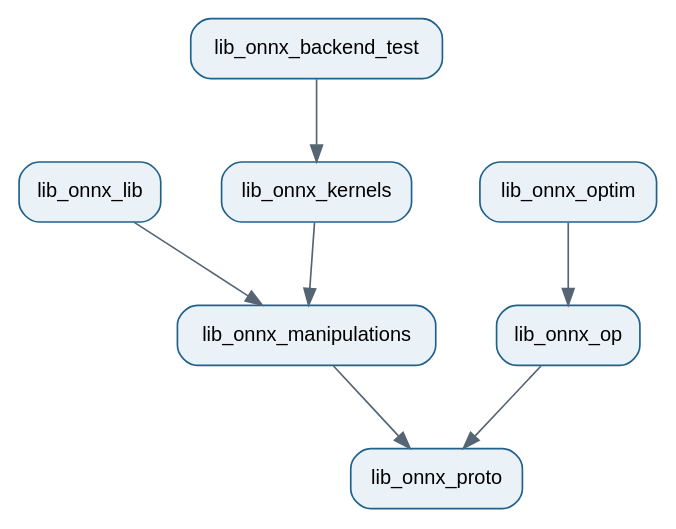
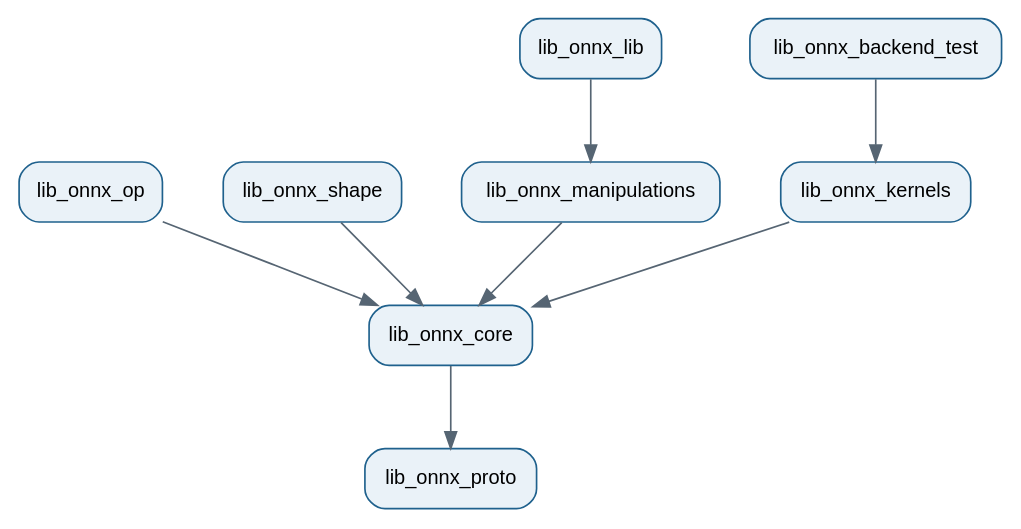
The diagram in docs/onnx-light/_downloads/014d7ecd85ce8966e1adfe678202a824/library_split.dot (xadupre/xadupre.github.io), drawn with Graphviz before and after one commit. The commit also changed 1659 other files, not shown here.

```diff
--- a/docs/onnx-light/_downloads/014d7ecd85ce8966e1adfe678202a824/library_split.dot
+++ b/docs/onnx-light/_downloads/014d7ecd85ce8966e1adfe678202a824/library_split.dot
@@ -1,14 +1,15 @@
 digraph library_split {
     rankdir=TB;
     nodesep=0.5;
     ranksep=0.7;
     node [shape=box, style="rounded,filled", fillcolor="#EAF2F8", fontname="Helvetica", fontsize=12, color="#1F618D"];
     edge [fontname="Helvetica", fontsize=10, color="#566573"];
 
-    lib_onnx_op -> lib_onnx_proto;
-    lib_onnx_optim -> lib_onnx_op;
-    lib_onnx_manipulations -> lib_onnx_proto;
+    lib_onnx_core -> lib_onnx_proto;
+    lib_onnx_op -> lib_onnx_core;
+    lib_onnx_shape -> lib_onnx_core;
+    lib_onnx_manipulations -> lib_onnx_core;
+    lib_onnx_kernels -> lib_onnx_core;
     lib_onnx_lib -> lib_onnx_manipulations;
-    lib_onnx_kernels -> lib_onnx_manipulations;
     lib_onnx_backend_test -> lib_onnx_kernels;
 }
```
